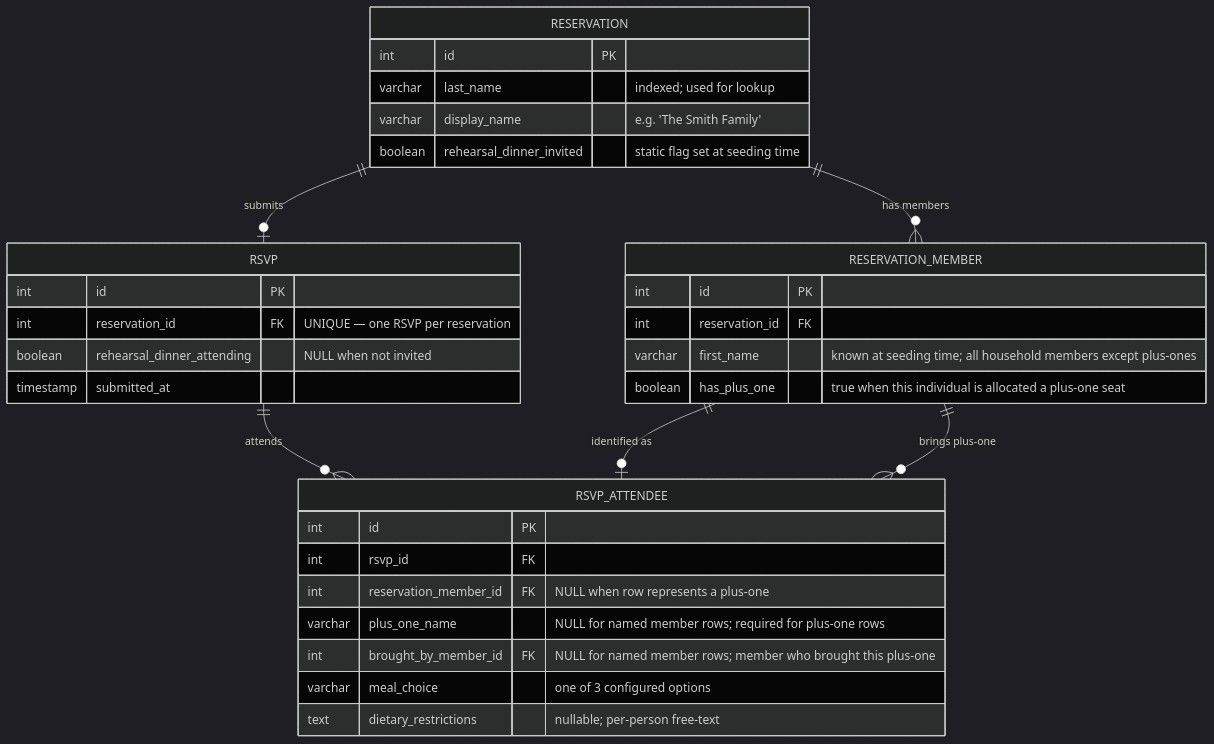
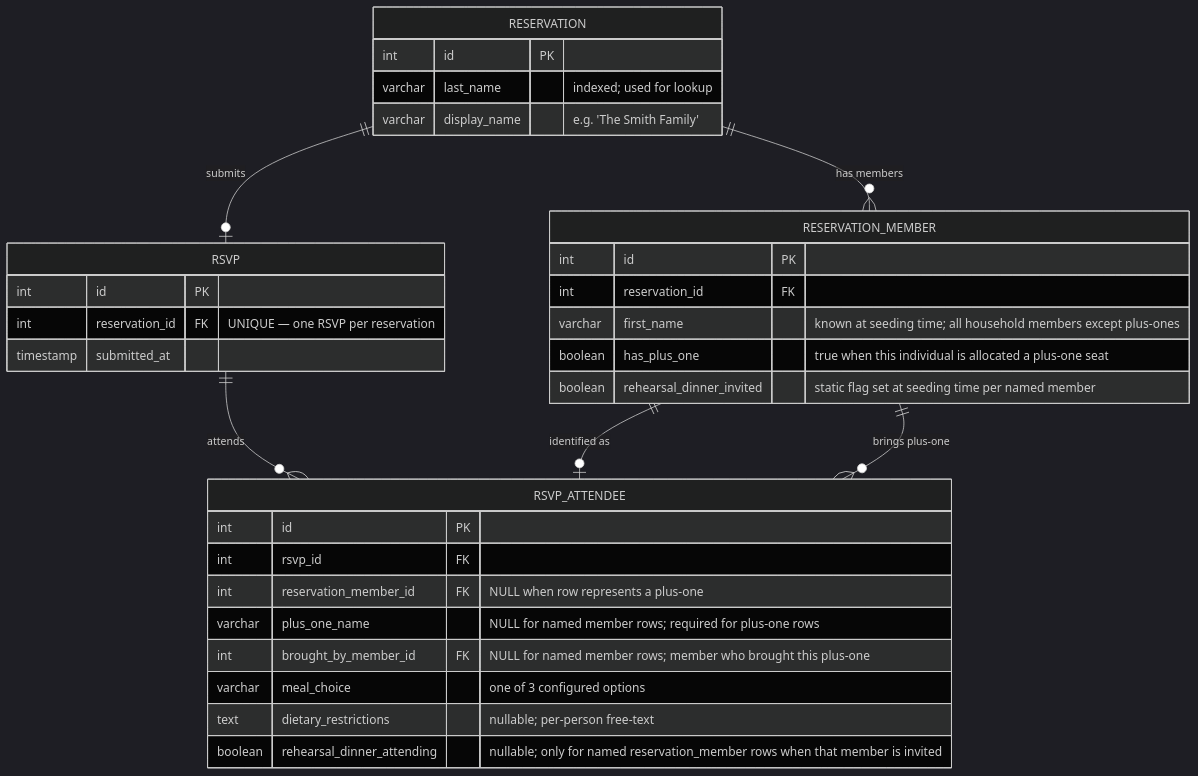
The second of 3 diagrams in docs/RSVP_ARCHITECTURE.md (15ajohnson/collin-alivia-wedding), drawn with Mermaid (dark theme) before and after one commit. The commit also changed other lines of this file and 5 other files, not shown here.

Commit message:
scope rehearsal dinner invite to rsvp_attendee

````diff
--- a/docs/RSVP_ARCHITECTURE.md
+++ b/docs/RSVP_ARCHITECTURE.md
@@ -83,42 +84,42 @@
 ```mermaid
 erDiagram
     accTitle: RSVP Data Model (Revised — Named Attendees)
     accDescr: Entity-relationship diagram for the wedding RSVP feature. RESERVATION and RESERVATION_MEMBER are operator-seeded. RSVP and RSVP_ATTENDEE are guest-submitted.
 
     RESERVATION {
         int     id                        PK
         varchar last_name                 "indexed; used for lookup"
         varchar display_name              "e.g. 'The Smith Family'"
-        boolean rehearsal_dinner_invited  "static flag set at seeding time"
     }
 
     RESERVATION_MEMBER {
-        int     id             PK
-        int     reservation_id FK
-        varchar first_name     "known at seeding time; all household members except plus-ones"
-        boolean has_plus_one   "true when this individual is allocated a plus-one seat"
+        int     id                        PK
+        int     reservation_id            FK
+        varchar first_name                "known at seeding time; all household members except plus-ones"
+        boolean has_plus_one              "true when this individual is allocated a plus-one seat"
+        boolean rehearsal_dinner_invited  "static flag set at seeding time per named member"
     }
 
     RSVP {
-        int       id                          PK
-        int       reservation_id              FK  "UNIQUE — one RSVP per reservation"
-        boolean   rehearsal_dinner_attending  "NULL when not invited"
+        int       id              PK
+        int       reservation_id  FK  "UNIQUE — one RSVP per reservation"
         timestamp submitted_at
     }
 
     RSVP_ATTENDEE {
         int     id                     PK
         int     rsvp_id                FK
         int     reservation_member_id  FK  "NULL when row represents a plus-one"
         varchar plus_one_name          "NULL for named member rows; required for plus-one rows"
         int     brought_by_member_id   FK  "NULL for named member rows; member who brought this plus-one"
         varchar meal_choice            "one of 3 configured options"
         text    dietary_restrictions   "nullable; per-person free-text"
+        boolean rehearsal_dinner_attending "nullable; only for named reservation_member rows when that member is invited"
     }
 
     RESERVATION        ||--o{ RESERVATION_MEMBER : "has members"
     RESERVATION        ||--o|  RSVP              : "submits"
     RSVP               ||--o{ RSVP_ATTENDEE      : "attends"
     RESERVATION_MEMBER ||--o|  RSVP_ATTENDEE     : "identified as"
     RESERVATION_MEMBER ||--o{ RSVP_ATTENDEE      : "brings plus-one"
 ```
````
